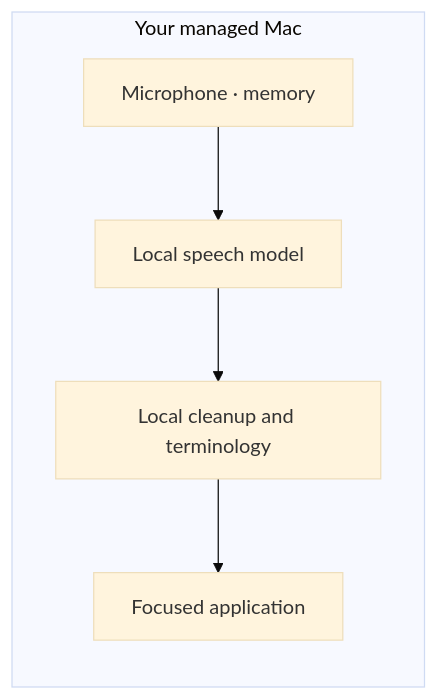
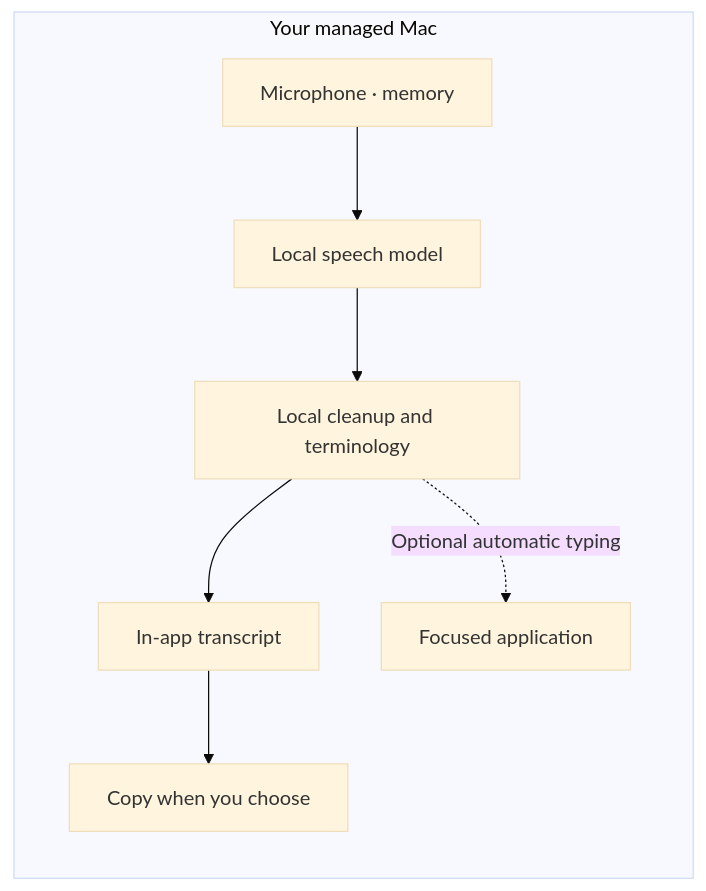
The diagram in README.md (LockedinLabs-AI/LockedIn-Flow), drawn with Mermaid (base theme) before and after one commit. The commit also changed other lines of this file and 25 other files, not shown here.

````diff
--- a/README.md
+++ b/README.md
@@ -65,8 +67,10 @@
 ```mermaid
 flowchart LR
   subgraph Mac[Your managed Mac]
     A[Microphone · memory] --> B[Local speech model]
     B --> C[Local cleanup and terminology]
-    C --> D[Focused application]
+    C --> D[In-app transcript]
+    D --> E[Copy when you choose]
+    C -. Optional automatic typing .-> F[Focused application]
   end
 ```
````
